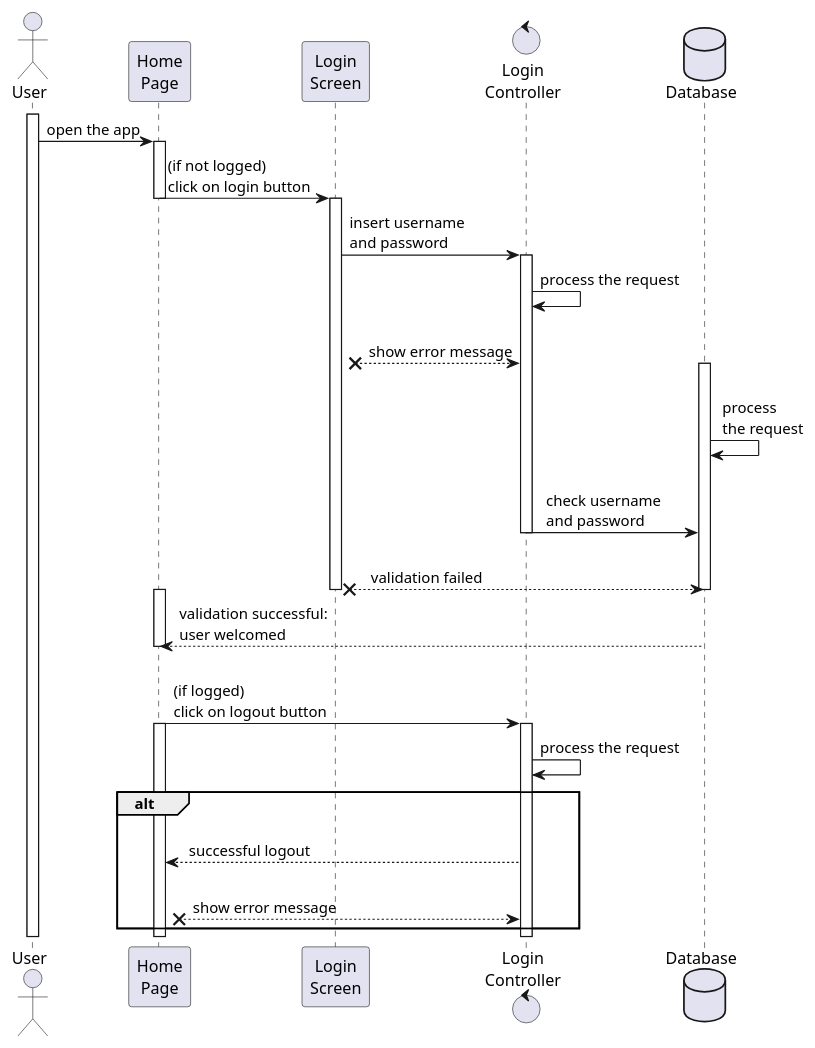
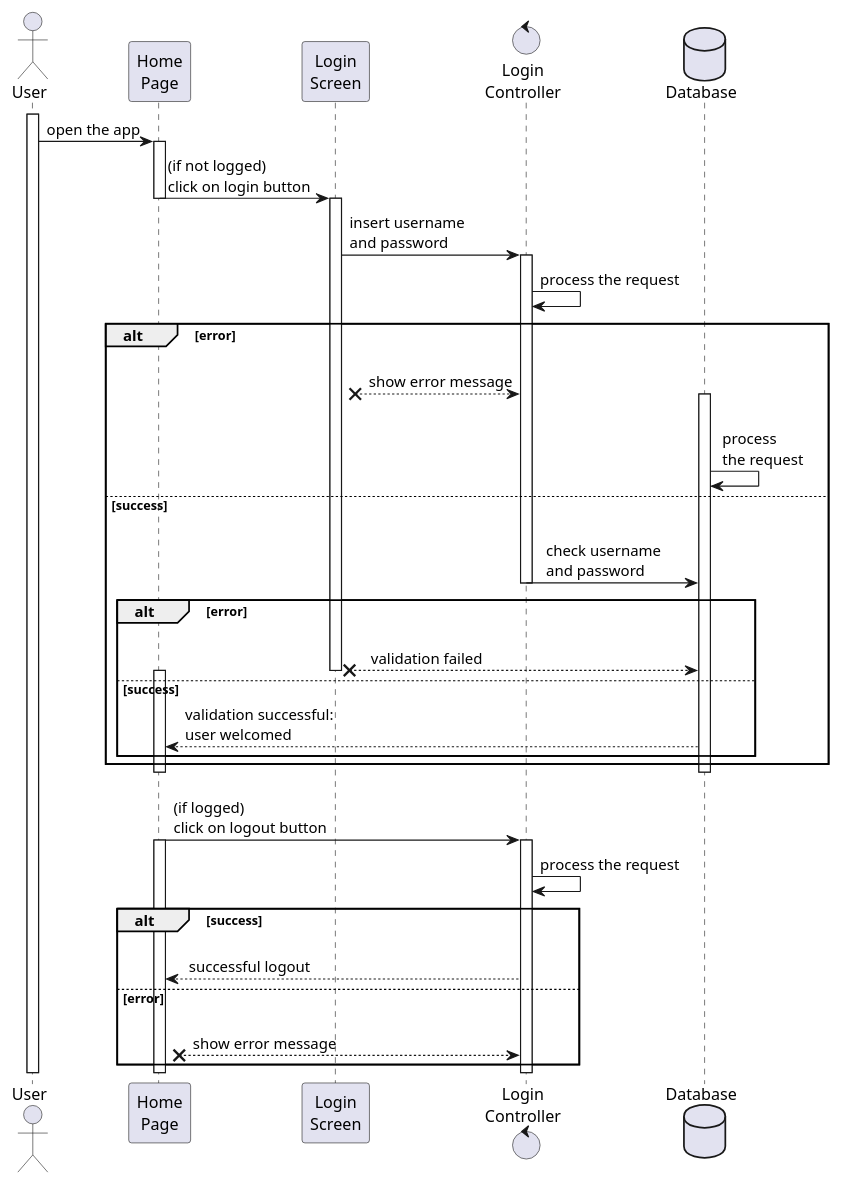
The diagram in src/main/java/unipa/fooddelivery/diagrams/sequence/user/login-logout.wsd (TommasoScalici/FoodDelivery), drawn with PlantUML before and after one commit.

Commit message:
fix sequence login-logout

```diff
--- a/src/main/java/unipa/fooddelivery/diagrams/sequence/user/login-logout.wsd
+++ b/src/main/java/unipa/fooddelivery/diagrams/sequence/user/login-logout.wsd
@@ -1,51 +1,59 @@
 @startuml login-logout
 
 actor User
 participant "Home\nPage" as HomePage
 participant "Login\nScreen" as LoginScreen
 control "Login\nController" as LoginController
 database Database
 
 activate User
     User -> HomePage : open the app
 
     activate HomePage
     HomePage -> LoginScreen : (if not logged)\nclick on login button
     deactivate HomePage
 
     activate LoginScreen
 
         LoginScreen -> LoginController : insert username \nand password
         activate LoginController
         LoginController -> LoginController: process the request
-        LoginScreen x-- LoginController: \n  show error message
+        alt error
+            LoginScreen x-- LoginController: \n  show error message
 
-        activate Database
-            Database -> Database: \n process\n the request
+            activate Database
+                Database -> Database: \n process\n the request
+        else success
             LoginController -> Database : \n   check username\n   and password
-        deactivate LoginController
-        LoginScreen x-- Database: \n    validation failed 
+            deactivate LoginController
+            alt error
+                LoginScreen x-- Database: \n    validation failed 
 
     deactivate LoginScreen
-        deactivate Database
 
-
+            else success
     activate HomePage
     HomePage <-- Database : validation successful:\nuser welcomed
+            end
+        end
+            deactivate Database
     deactivate HomePage
 
     HomePage -> LoginController: \n(if logged)\nclick on logout button
     activate HomePage
 
         activate LoginController
             LoginController -> LoginController: process the request
-        alt 
+
+        alt success
         HomePage <-- LoginController: \n successful logout
+        else error
         HomePage x-- LoginController: \n  show error message
         end
+
         deactivate LoginController
     deactivate HomePage
 deactivate User
 
 
 @enduml
```
